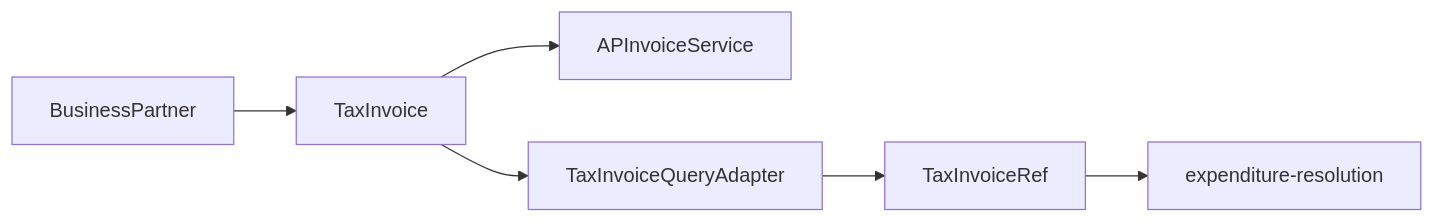
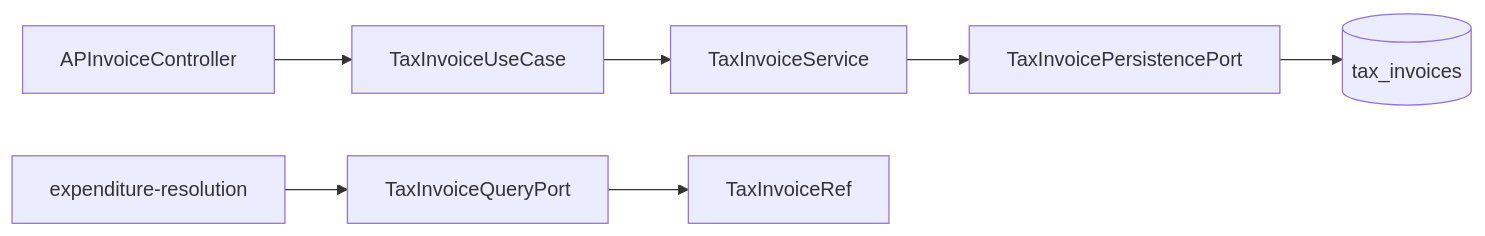
Before and after one commit to skyg547/account: the second of 2 diagrams in tax/docs/schema.md, drawn with Mermaid. The commit also changed other lines of this file and 97 other files, not shown here.

````diff
--- a/tax/docs/schema.md
+++ b/tax/docs/schema.md
@@ -40,8 +38,10 @@
 ```mermaid
 flowchart LR
-    A[BusinessPartner] --> B[TaxInvoice]
-    B --> C[APInvoiceService]
-    B --> D[TaxInvoiceQueryAdapter]
-    D --> E[TaxInvoiceRef]
-    E --> F[expenditure-resolution]
+    A[APInvoiceController] --> B[TaxInvoiceUseCase]
+    B --> C[TaxInvoiceService]
+    C --> D[TaxInvoicePersistencePort]
+    D --> E[(tax_invoices)]
+
+    F[expenditure-resolution] --> G[TaxInvoiceQueryPort]
+    G --> H[TaxInvoiceRef]
 ```
````
